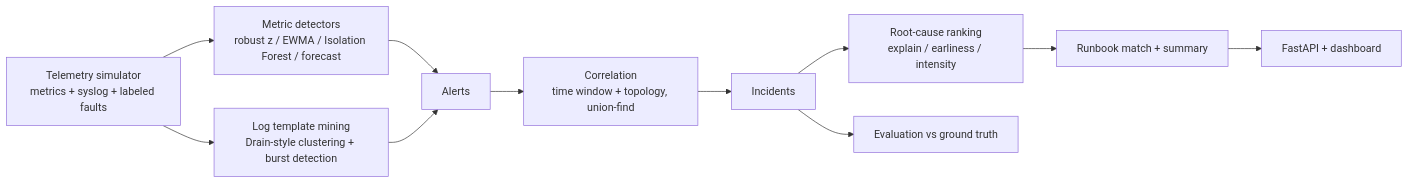
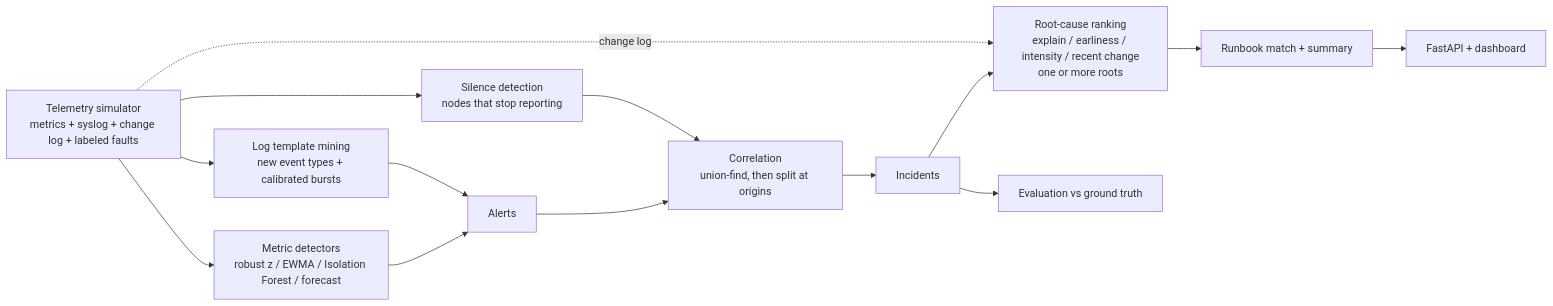
The diagram in README.md (JackyJHung/netops-sentinel), drawn with Mermaid before and after one commit. The commit also changed other lines of this file and 20 other files, not shown here.

````diff
--- a/README.md
+++ b/README.md
@@ -15,13 +15,16 @@
 ```mermaid
 flowchart LR
-    A[Telemetry simulator<br/>metrics + syslog + labeled faults] --> B[Metric detectors<br/>robust z / EWMA / Isolation Forest / forecast]
-    A --> C[Log template mining<br/>Drain-style clustering + burst detection]
+    A[Telemetry simulator<br/>metrics + syslog + change log + labeled faults] --> B[Metric detectors<br/>robust z / EWMA / Isolation Forest / forecast]
+    A --> C[Log template mining<br/>new event types + calibrated bursts]
+    A --> K[Silence detection<br/>nodes that stop reporting]
     B --> D[Alerts]
     C --> D
-    D --> E[Correlation<br/>time window + topology, union-find]
+    D --> E[Correlation<br/>union-find, then split at origins]
+    K --> E
     E --> F[Incidents]
-    F --> G[Root-cause ranking<br/>explain / earliness / intensity]
+    F --> G[Root-cause ranking<br/>explain / earliness / intensity / recent change<br/>one or more roots]
+    A -. change log .-> G
     G --> H[Runbook match + summary]
     H --> I[FastAPI + dashboard]
     F --> J[Evaluation vs ground truth]
 ```
````
